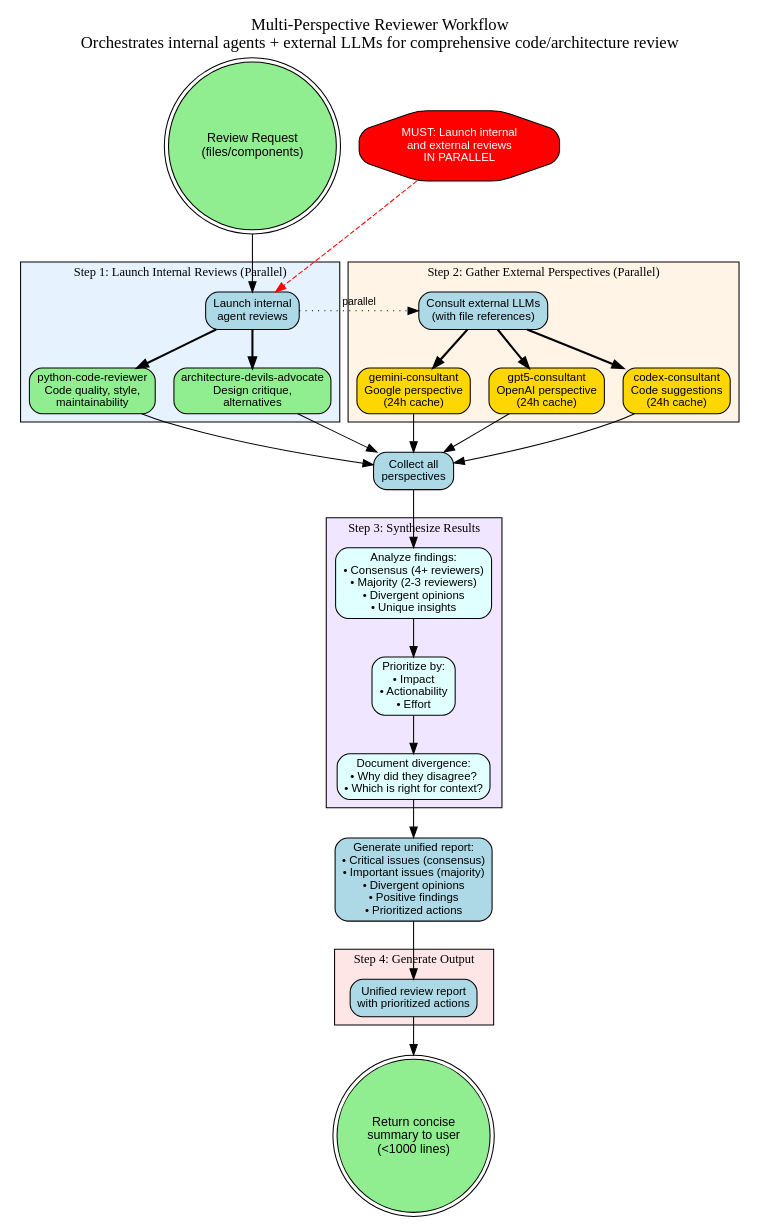
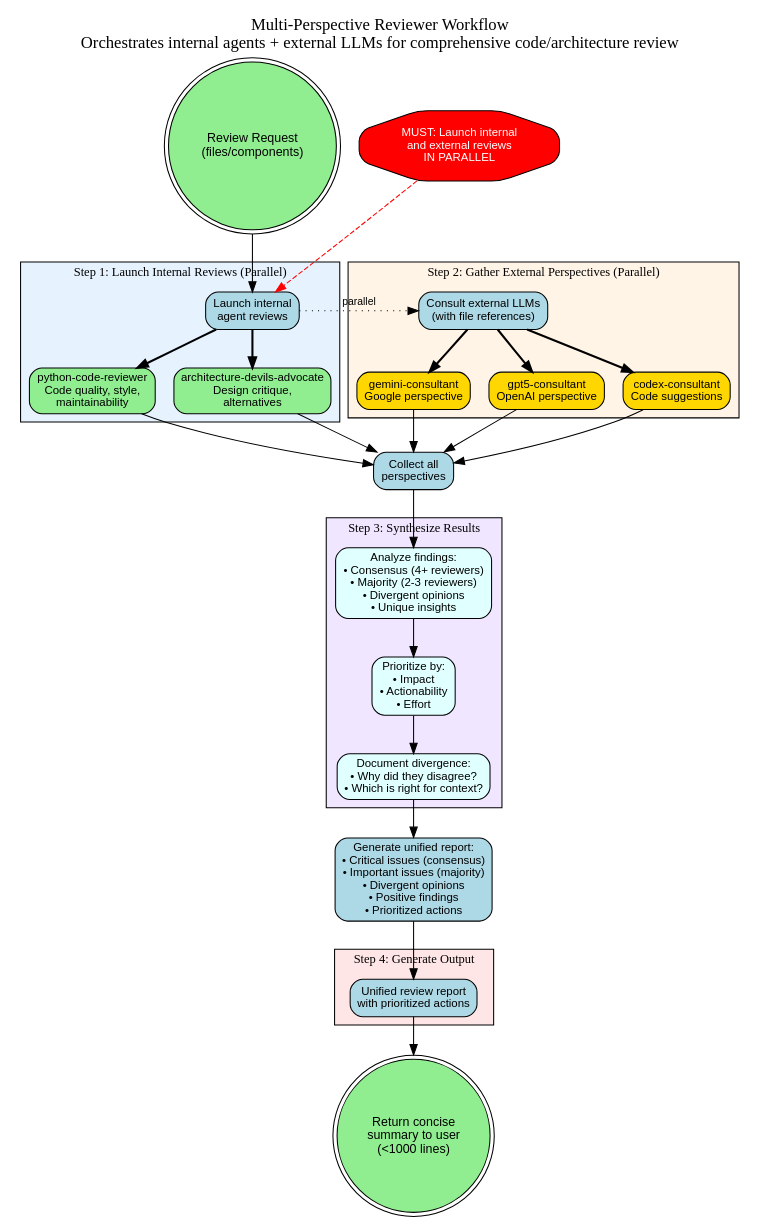
Before and after one commit to ravila4/claude-code-config: the diagram in claude/agents/diagrams/multi-perspective-reviewer-workflow.dot, drawn with Graphviz. The commit also changed 11 other files, not shown here.

First line of the commit message:
refactor(agents): update multi-perspective reviewer and architect agents

```diff
--- a/claude/agents/diagrams/multi-perspective-reviewer-workflow.dot
+++ b/claude/agents/diagrams/multi-perspective-reviewer-workflow.dot
@@ -1,127 +1,127 @@
 digraph MultiPerspectiveReviewer {
     rankdir = TB;
     compound = true;
     newrank = true;
 
     // Title
     labelloc = "t";
     label = "Multi-Perspective Reviewer Workflow\nOrchestrates internal agents + external LLMs for comprehensive code/architecture review";
     fontsize = 16;
     fontname = "Arial Bold";
 
     // Node defaults
     node [fontname="Arial", fontsize=11, style="rounded,filled"];
     edge [fontname="Arial", fontsize=10];
 
     // Entry point
     Start [label="Review Request\n(files/components)", shape=doublecircle, fillcolor=lightgreen, fontsize=12];
 
     // Step 1: Launch internal reviews (parallel)
     subgraph cluster_internal {
         label = "Step 1: Launch Internal Reviews (Parallel)";
         style = filled;
         fillcolor = "#e6f3ff";
         fontsize = 12;
         fontname = "Arial Bold";
 
         LaunchInternal [label="Launch internal\nagent reviews", shape=box, fillcolor=lightblue];
 
         PythonReviewer [label="python-code-reviewer\nCode quality, style,\nmaintainability", shape=box, fillcolor="#90EE90"];
 
         ArchReviewer [label="architecture-devils-advocate\nDesign critique,\nalternatives", shape=box, fillcolor="#90EE90"];
     }
 
     // Step 3: Consult external LLMs (parallel)
     subgraph cluster_external {
         label = "Step 2: Gather External Perspectives (Parallel)";
         style = filled;
         fillcolor = "#fff4e6";
         fontsize = 12;
         fontname = "Arial Bold";
 
         LaunchExternal [label="Consult external LLMs\n(with file references)", shape=box, fillcolor=lightblue];
 
-        GeminiConsult [label="gemini-consultant\nGoogle perspective\n(24h cache)", shape=box, fillcolor="#FFD700"];
+        GeminiConsult [label="gemini-consultant\nGoogle perspective", shape=box, fillcolor="#FFD700"];
 
-        GPT5Consult [label="gpt5-consultant\nOpenAI perspective\n(24h cache)", shape=box, fillcolor="#FFD700"];
+        GPT5Consult [label="gpt5-consultant\nOpenAI perspective", shape=box, fillcolor="#FFD700"];
 
-        CodexConsult [label="codex-consultant\nCode suggestions\n(24h cache)", shape=box, fillcolor="#FFD700"];
+        CodexConsult [label="codex-consultant\nCode suggestions", shape=box, fillcolor="#FFD700"];
     }
 
     // Collect results
     CollectResults [label="Collect all\nperspectives", shape=box, fillcolor=lightblue];
 
     // Step 4: Synthesis
     subgraph cluster_synthesis {
         label = "Step 3: Synthesize Results";
         style = filled;
         fillcolor = "#f0e6ff";
         fontsize = 12;
         fontname = "Arial Bold";
 
         Analyze [label="Analyze findings:\n• Consensus (4+ reviewers)\n• Majority (2-3 reviewers)\n• Divergent opinions\n• Unique insights", shape=box, fillcolor=lightcyan];
 
         Prioritize [label="Prioritize by:\n• Impact\n• Actionability\n• Effort", shape=box, fillcolor=lightcyan];
 
         Document [label="Document divergence:\n• Why did they disagree?\n• Which is right for context?", shape=box, fillcolor=lightcyan];
     }
 
     // Output
     GenerateReport [label="Generate unified report:\n• Critical issues (consensus)\n• Important issues (majority)\n• Divergent opinions\n• Positive findings\n• Prioritized actions", shape=box, fillcolor=lightblue];
 
     // Step 5: Output
     subgraph cluster_output {
         label = "Step 4: Generate Output";
         style = filled;
         fillcolor = "#ffe6e6";
         fontsize = 12;
         fontname = "Arial Bold";
 
         FinalReport [label="Unified review report\nwith prioritized actions", shape=box, fillcolor=lightblue];
     }
 
     // Exit
     End [label="Return concise\nsummary to user\n(<1000 lines)", shape=doublecircle, fillcolor=lightgreen, fontsize=12];
 
     // Important constraints
     ParallelConstraint [label="MUST: Launch internal\nand external reviews\nIN PARALLEL", shape=octagon, fillcolor=red, fontcolor=white];
 
     // Flow
     Start -> LaunchInternal;
 
     // Internal reviews (parallel)
     LaunchInternal -> PythonReviewer [style=bold];
     LaunchInternal -> ArchReviewer [style=bold];
 
     // External consultations (parallel)
     LaunchInternal -> LaunchExternal [style=dotted, label="parallel"];
 
     LaunchExternal -> GeminiConsult [style=bold];
     LaunchExternal -> GPT5Consult [style=bold];
     LaunchExternal -> CodexConsult [style=bold];
 
     // Collect from all sources
     PythonReviewer -> CollectResults;
     ArchReviewer -> CollectResults;
     GeminiConsult -> CollectResults;
     GPT5Consult -> CollectResults;
     CodexConsult -> CollectResults;
 
     // Synthesis pipeline
     CollectResults -> Analyze;
     Analyze -> Prioritize;
     Prioritize -> Document;
 
     Document -> GenerateReport;
 
     // Output
     GenerateReport -> FinalReport;
     FinalReport -> End;
 
     // Constraints positioning
     ParallelConstraint -> LaunchInternal [style=dashed, color=red, constraint=false];
 
     // Keep steps at same rank
     { rank=same; LaunchInternal; LaunchExternal; }
     { rank=same; PythonReviewer; ArchReviewer; GeminiConsult; GPT5Consult; CodexConsult; }
 }
```
